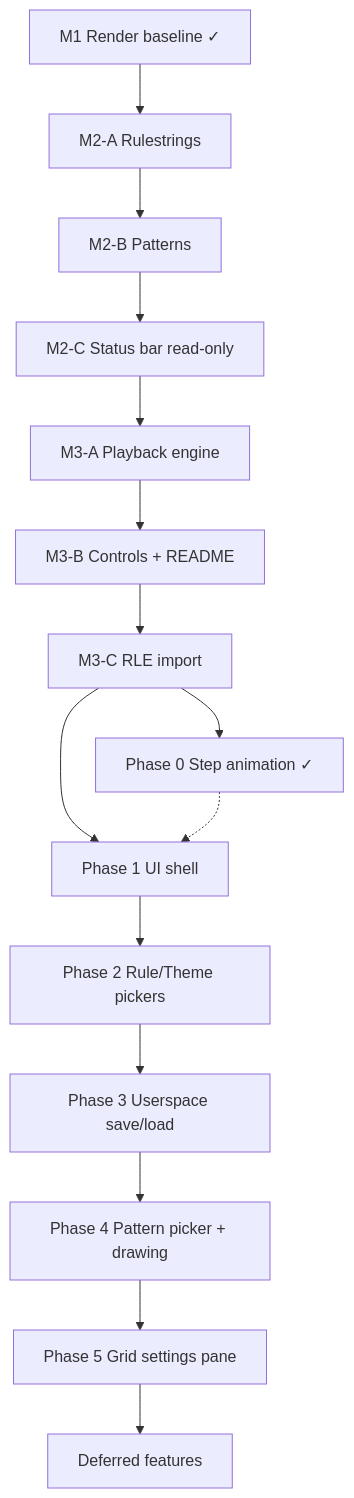
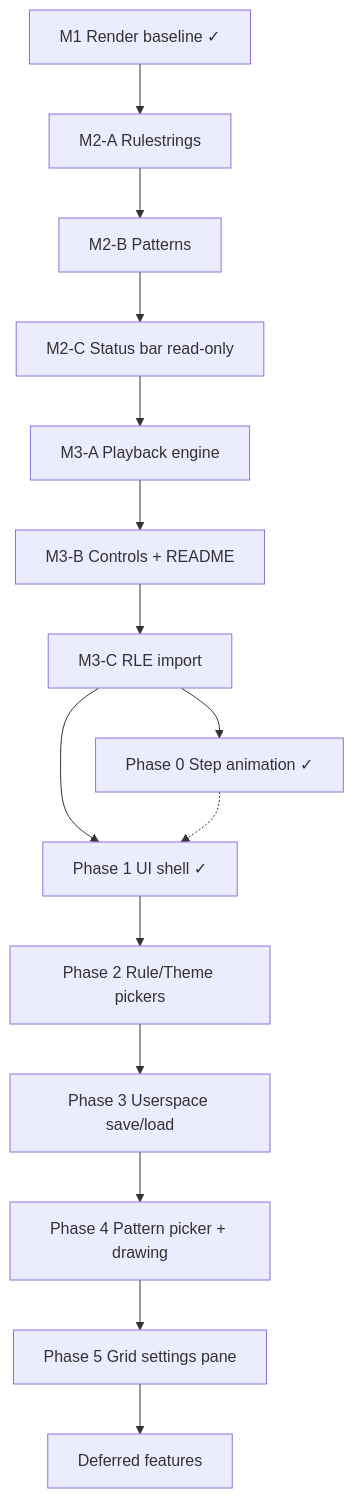
Before and after one commit to ridespirals/love-life: the first of 3 diagrams in PLAN.md, drawn with Mermaid. The commit also changed other lines of this file and 10 other files, not shown here.

First line of the commit message:
Add Phase 1 settings UI shell with docked panes and spotlight dim.

````diff
--- a/PLAN.md
+++ b/PLAN.md
@@ -27,23 +27,23 @@
 ```mermaid
 flowchart TD
   M1[M1 Render baseline ✓]
   M2A[M2-A Rulestrings]
   M2B[M2-B Patterns]
   M2C[M2-C Status bar read-only]
   M3A[M3-A Playback engine]
   M3B[M3-B Controls + README]
   M3C[M3-C RLE import]
   P0[Phase 0 Step animation ✓]
-  P1[Phase 1 UI shell]
+  P1[Phase 1 UI shell ✓]
   P2[Phase 2 Rule/Theme pickers]
   P3[Phase 3 Userspace save/load]
   P4[Phase 4 Pattern picker + drawing]
   P5[Phase 5 Grid settings pane]
   DEF[Deferred features]
 
   M1 --> M2A --> M2B --> M2C --> M3A --> M3B --> M3C
   M3C --> P0
   M3C --> P1
   P0 -.-> P1
   P1 --> P2 --> P3 --> P4 --> P5 --> DEF
 ```
````
